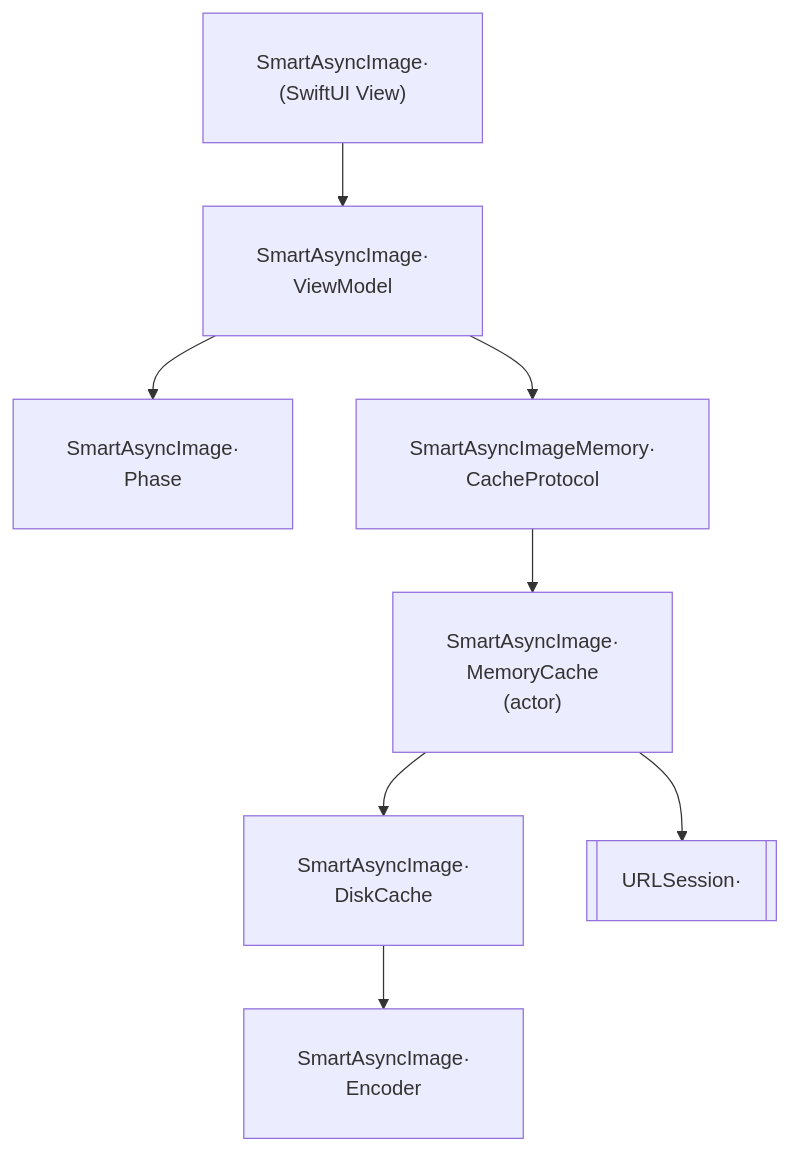
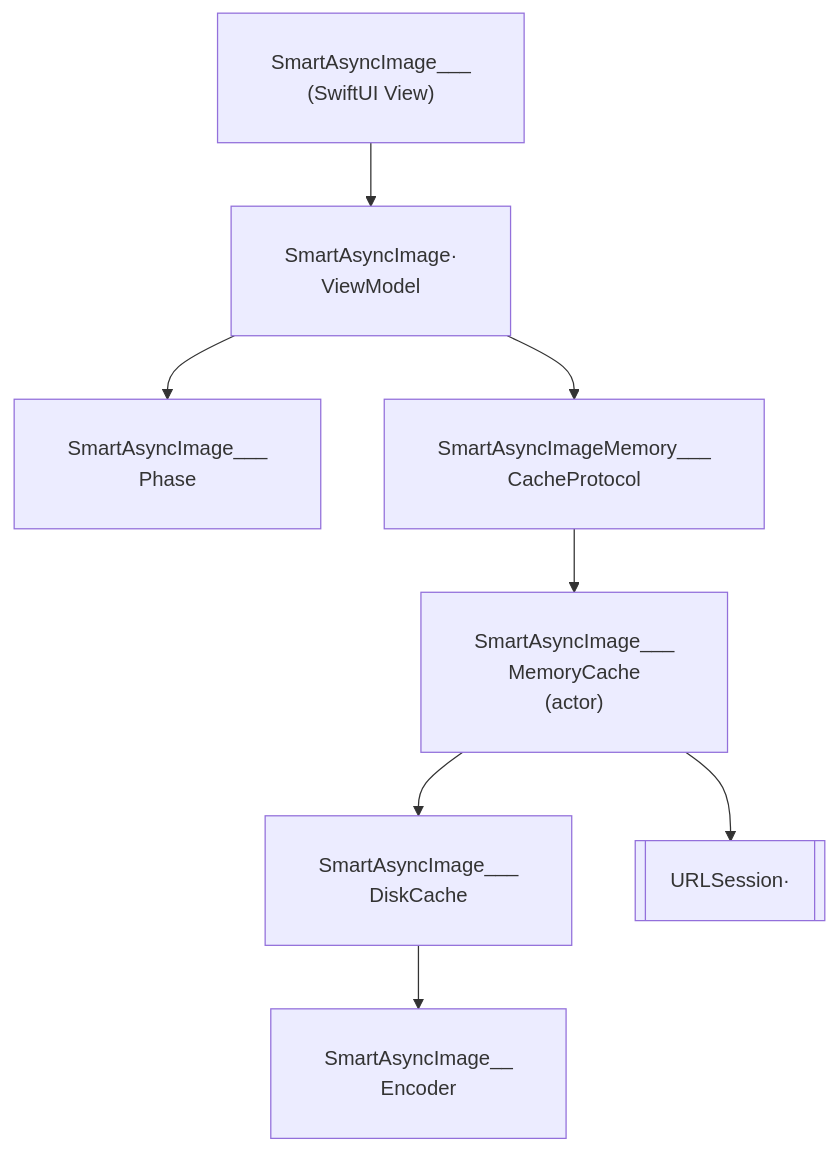
Before and after one commit to gentle-giraffe-apps/SmartAsyncImage: the diagram in README.md, drawn with Mermaid.

````diff
--- a/README.md
+++ b/README.md
@@ -86,10 +86,10 @@
 ```mermaid
 flowchart TD
-    SAI["<div style='padding:12px 12px; white-space:nowrap;'>SmartAsyncImage·<br/>(SwiftUI View)</div>"] --> VM["<div style='padding:12px 12px; white-space:nowrap;'>SmartAsyncImage·<br/>ViewModel</div>"]
-    VM --> Phase["<div style='padding:12px 12px; white-space:nowrap;'>SmartAsyncImage·<br/>Phase</div>"]
-    VM --> MemProto["<div style='padding:12px 12px; white-space:nowrap;'>SmartAsyncImageMemory·<br/>CacheProtocol</div>"]
-    MemProto --> Mem["<div style='padding:12px 12px; white-space:nowrap;'>SmartAsyncImage·<br/>MemoryCache<br/>(actor)</div>"]
-    Mem --> Disk["<div style='padding:12px 12px; white-space:nowrap;'>SmartAsyncImage·<br/>DiskCache</div>"]
-    Disk --> Encoder["<div style='padding:12px 12px; white-space:nowrap;'>SmartAsyncImage·<br/>Encoder</div>"]
+    SAI["<div style='padding:12px 12px; white-space:nowrap;'>SmartAsyncImage___<br/>(SwiftUI View)</div>"] --> VM["<div style='padding:12px 12px; white-space:nowrap;'>SmartAsyncImage·<br/>ViewModel</div>"]
+    VM --> Phase["<div style='padding:12px 12px; white-space:nowrap;'>SmartAsyncImage___<br/>Phase</div>"]
+    VM --> MemProto["<div style='padding:12px 12px; white-space:nowrap;'>SmartAsyncImageMemory___<br/>CacheProtocol</div>"]
+    MemProto --> Mem["<div style='padding:12px 12px; white-space:nowrap;'>SmartAsyncImage___<br/>MemoryCache<br/>(actor)</div>"]
+    Mem --> Disk["<div style='padding:12px 12px; white-space:nowrap;'>SmartAsyncImage___<br/>DiskCache</div>"]
+    Disk --> Encoder["<div style='padding:12px 12px; white-space:nowrap;'>SmartAsyncImage__<br/>Encoder</div>"]
     Mem --> URLSession[["<div style='padding:12px 12px; white-space:nowrap;'>URLSession·</div>"]]
 ```
````
